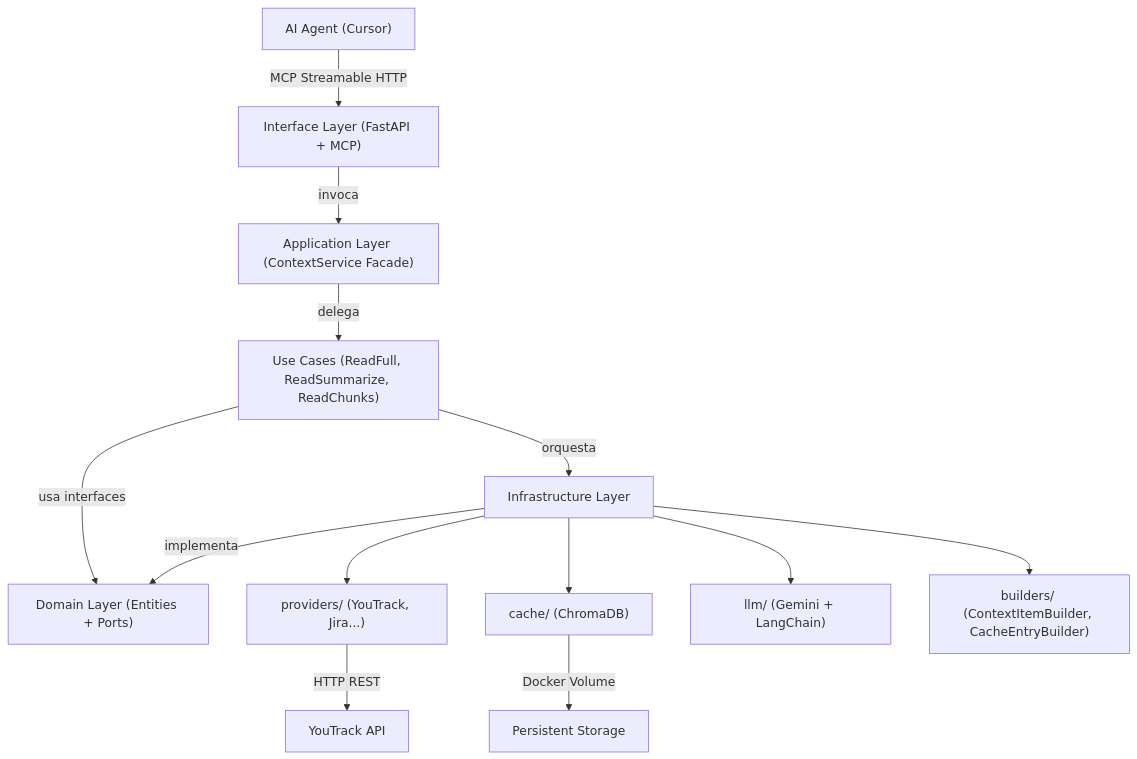
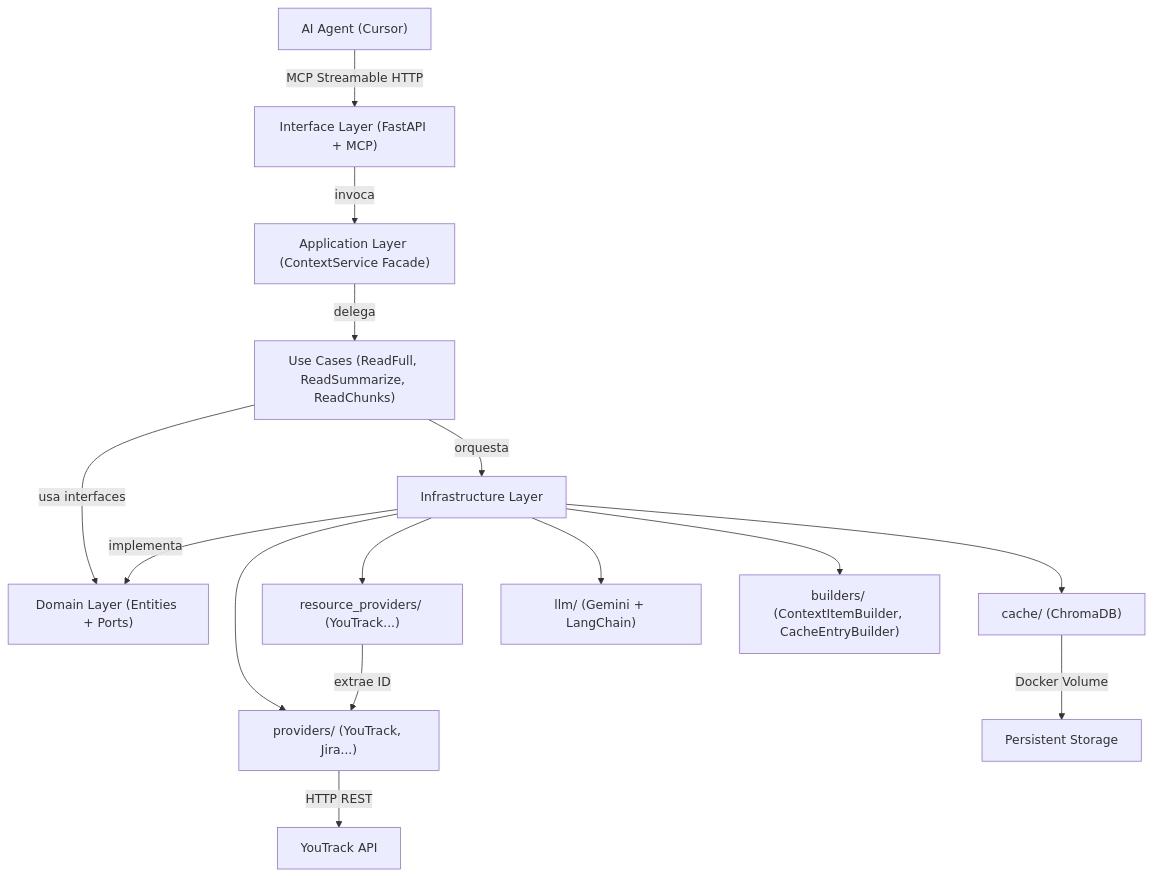
The first of 7 diagrams in .agents/docs/init_proyect/design.md (remolacho/ContextForge), drawn with Mermaid before and after one commit. The commit also changed other lines of this file and 1 other file, not shown here.

````diff
--- a/.agents/docs/init_proyect/design.md
+++ b/.agents/docs/init_proyect/design.md
@@ -9,15 +9,17 @@
 ```mermaid
 graph TD
     Agent["AI Agent (Cursor)"] -->|MCP Streamable HTTP| MCP["Interface Layer (FastAPI + MCP)"]
     MCP -->|invoca| SVC["Application Layer (ContextService Facade)"]
     SVC -->|delega| UC["Use Cases (ReadFull, ReadSummarize, ReadChunks)"]
     UC -->|usa interfaces| Domain["Domain Layer (Entities + Ports)"]
     UC -->|orquesta| Infra["Infrastructure Layer"]
     Infra -->|implementa| Domain
+    Infra --> Resolver["resource_providers/ (YouTrack...)"]
     Infra --> Provider["providers/ (YouTrack, Jira...)"]
     Infra --> Cache["cache/ (ChromaDB)"]
     Infra --> LLM["llm/ (Gemini + LangChain)"]
     Infra --> Builders["builders/ (ContextItemBuilder, CacheEntryBuilder)"]
+    Resolver -->|extrae ID| Provider
     Provider -->|HTTP REST| YouTrack["YouTrack API"]
     Cache -->|Docker Volume| Disk["Persistent Storage"]
 ```
````
